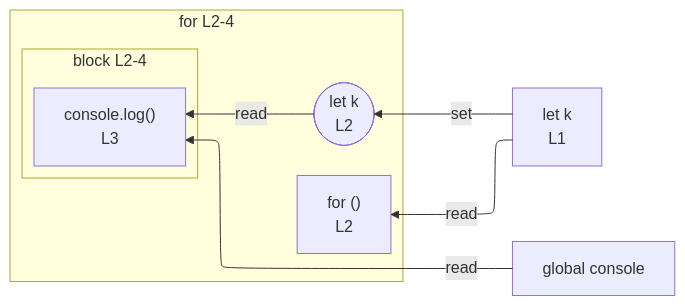
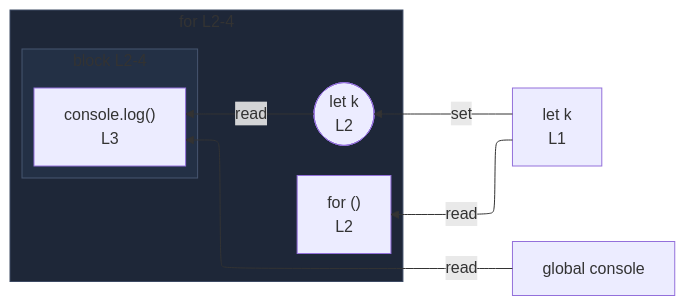
One commit to crescware/unsnarl changed the diagram in integration/fixtures/iteration-statement/classic-for/init-omitted/preview.md. Above: the diagram before and after it, drawn with Mermaid. The commit also changed 249 other files, not shown here.

First line of the commit message:
Color Mermaid subgraphs by nesting depth via theme palette

````diff
--- a/integration/fixtures/iteration-statement/classic-for/init-omitted/preview.md
+++ b/integration/fixtures/iteration-statement/classic-for/init-omitted/preview.md
@@ -14,19 +14,23 @@
 ```mermaid
 %%{init: {"flowchart": {"defaultRenderer": "elk"}}}%%
 flowchart RL
   n_scope_0_k_4["let k<br/>L1"]
   n_scope_0_console_34["global console"]
   subgraph s_scope_1["for L2-4"]
     direction RL
     for_test_scope_0_11["for ()<br/>L2"]
     wr_ref_2(["let k<br/>L2"])
     subgraph s_scope_2["block L2-4"]
       direction RL
       expr_stmt_34["console.log()<br/>L3"]
     end
   end
   n_scope_0_k_4 -->|set| wr_ref_2
   n_scope_0_k_4 -->|read| for_test_scope_0_11
   n_scope_0_console_34 -->|read| expr_stmt_34
   wr_ref_2 -->|read| expr_stmt_34
+  classDef nestL1 fill:#1e2738,stroke:#3d4a63;
+  class s_scope_1 nestL1;
+  classDef nestL2 fill:#233045,stroke:#475670;
+  class s_scope_2 nestL2;
 ```
````
